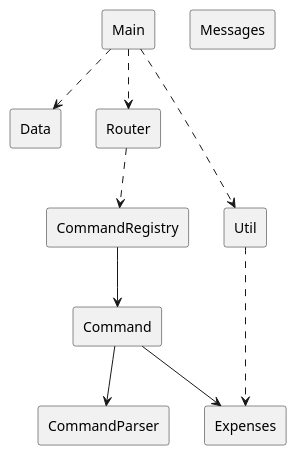
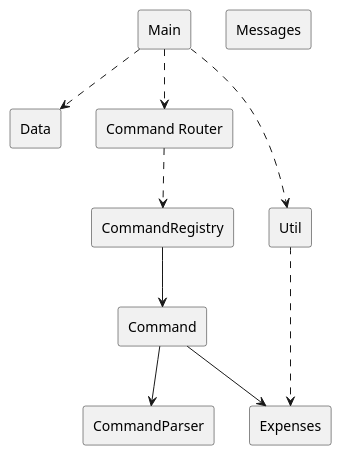
Before and after one commit to randust/tp: the diagram in docs/diagrams/class/overall.puml, drawn with PlantUML. The commit also changed 6 other files, not shown here.

Commit message:
Fix expense class diagram and delete command sequence diagram

```diff
--- a/docs/diagrams/class/overall.puml
+++ b/docs/diagrams/class/overall.puml
@@ -1,24 +1,24 @@
 @startuml
 skinparam componentStyle rectangle
 skinparam packageStyle rect
 
 [Main]
 [Command]
 [CommandRegistry]
 [CommandParser]
 [Data]
-[Router]
+[Command Router]
 [Expenses]
 [Util]
 [Messages]
 
-[Main] ..> [Router]
+[Main] ..> [Command Router]
 [Main] ..> [Data]
 [Main] ..> [Util]
 [Util] ..> [Expenses]
-[Router] ..> [CommandRegistry]
+[Command Router] ..> [CommandRegistry]
 [CommandRegistry] --> [Command]
 [Command] --> [CommandParser]
 [Command] --> [Expenses]
 
 @enduml
```
